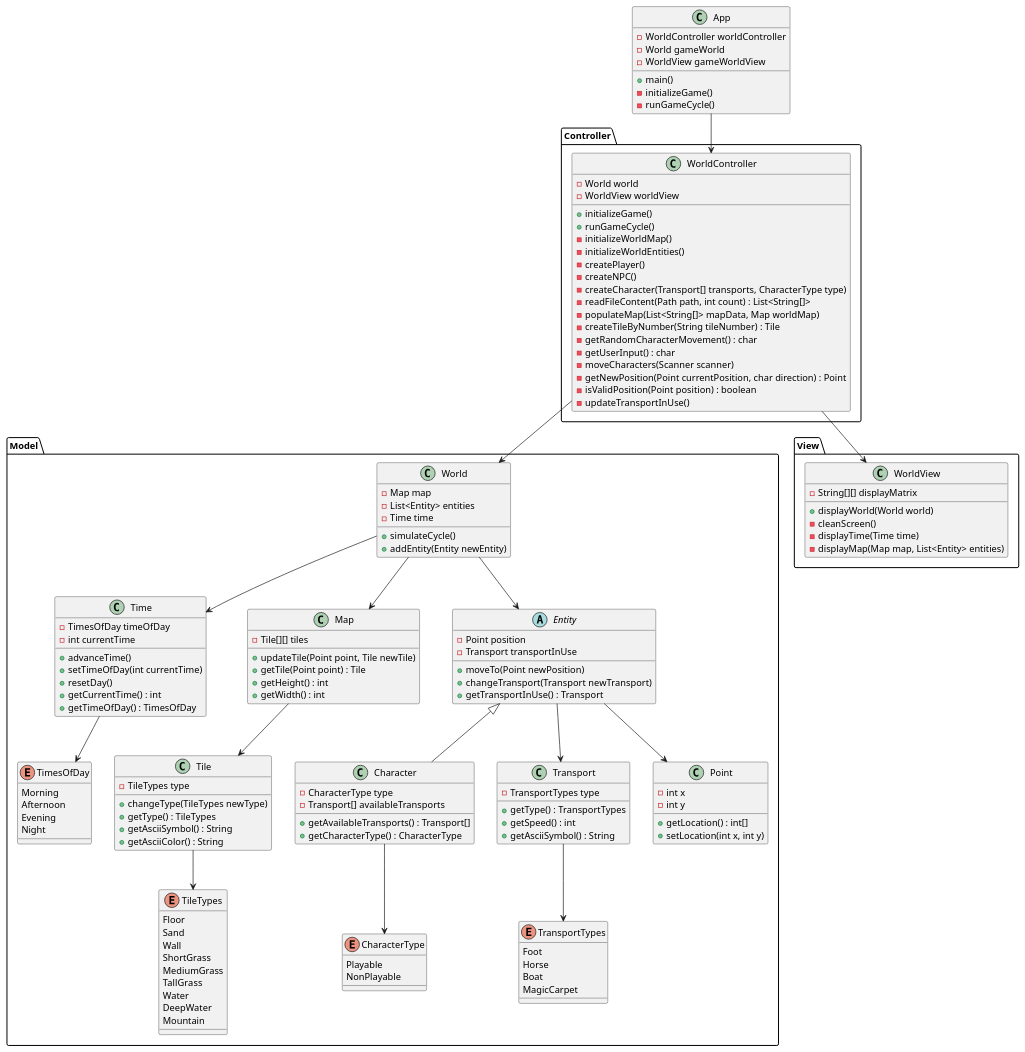
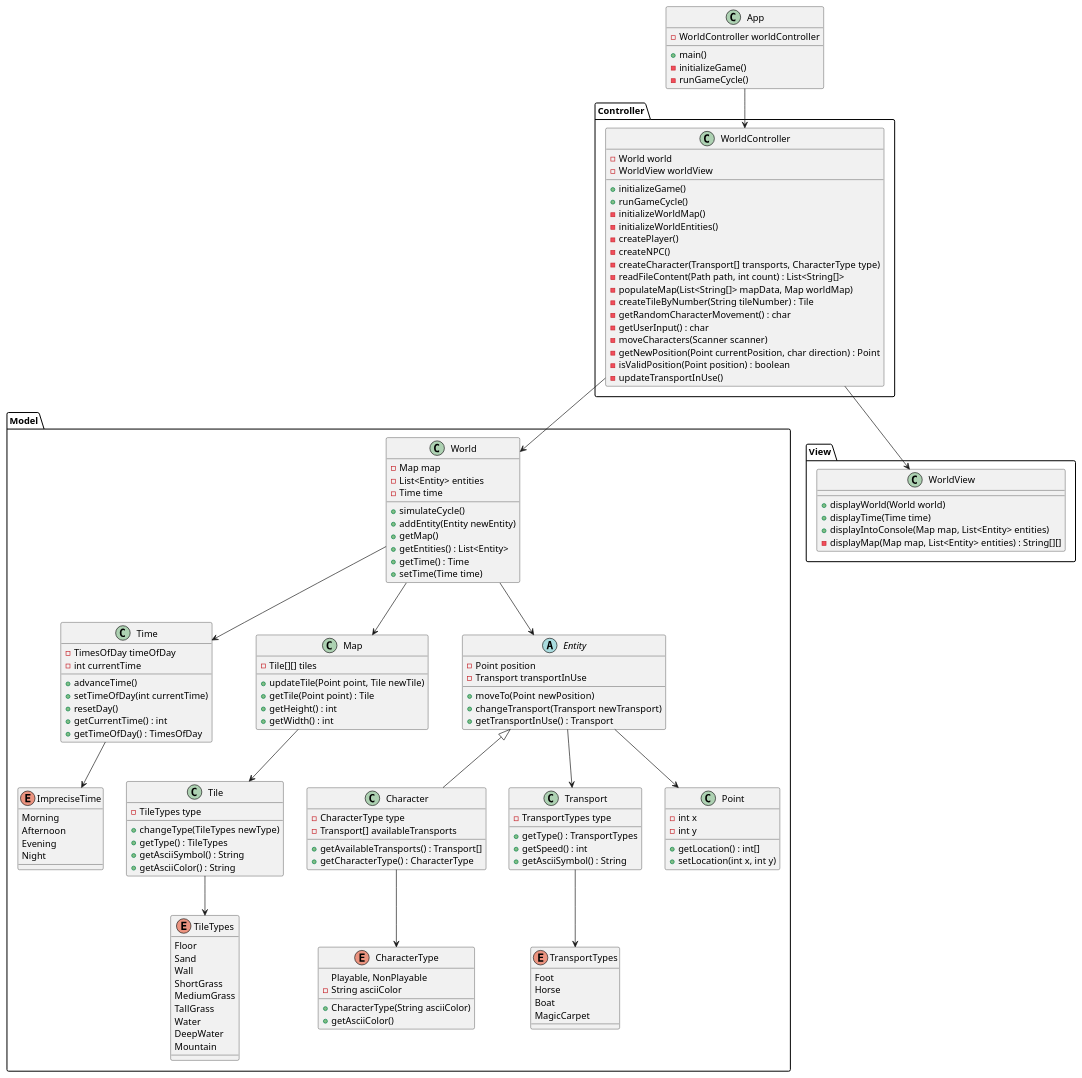
Before and after one commit to mmasias/23-24-IdSw2-SDD: the diagram in docs/modelosUML/diagramaDeAplicacion.puml, drawn with PlantUML. The commit also changed 3 other files, not shown here.

Commit message:
Mejorando el diagrama de aplicación con respecto a las clases

```diff
--- a/docs/modelosUML/diagramaDeAplicacion.puml
+++ b/docs/modelosUML/diagramaDeAplicacion.puml
@@ -1,165 +1,167 @@
 @startuml DiagramaDeAplicacion
 
 class App {
     - WorldController worldController
-    - World gameWorld
-    - WorldView gameWorldView
 
     + main()
     - initializeGame()
     - runGameCycle()
 }
 
 package "Model" {
     class World {
         - Map map
         - List<Entity> entities
         - Time time
 
         + simulateCycle()
         + addEntity(Entity newEntity)
+        + getMap()
+        + getEntities() : List<Entity>
+        + getTime() : Time
+        + setTime(Time time)
     }
 
     class Time {
         - TimesOfDay timeOfDay
         - int currentTime
 
         + advanceTime()
         + setTimeOfDay(int currentTime)
         + resetDay()
         + getCurrentTime() : int
         + getTimeOfDay() : TimesOfDay
     }
 
     class Map {
         - Tile[][] tiles
 
         + updateTile(Point point, Tile newTile)
         + getTile(Point point) : Tile
         + getHeight() : int
         + getWidth() : int
     }
 
     class Tile {
         - TileTypes type
 
         + changeType(TileTypes newType)
         + getType() : TileTypes
         + getAsciiSymbol() : String
         + getAsciiColor() : String
     }
 
     abstract class Entity {
         - Point position
         - Transport transportInUse
 
         + moveTo(Point newPosition)
         + changeTransport(Transport newTransport)
         + getTransportInUse() : Transport
     }
 
     class Character extends Entity {
         - CharacterType type
         - Transport[] availableTransports
 
         + getAvailableTransports() : Transport[]
         + getCharacterType() : CharacterType
     }
 
     class Transport {
         - TransportTypes type
 
         + getType() : TransportTypes
         + getSpeed() : int
         + getAsciiSymbol() : String
     }
 
     class Point {
         - int x
         - int y
 
         + getLocation() : int[]
         + setLocation(int x, int y)
     }
 
     enum TileTypes {
         Floor
         Sand
         Wall
         ShortGrass
         MediumGrass
         TallGrass
         Water
         DeepWater
         Mountain
     }
 
-    enum TimesOfDay {
+    enum ImpreciseTime {
         Morning
         Afternoon
         Evening
         Night
     }
 
     enum TransportTypes {
         Foot
         Horse
         Boat
         MagicCarpet
     }
 
     enum CharacterType {
-        Playable
-        NonPlayable
+        Playable, NonPlayable
+        - String asciiColor
+        + CharacterType(String asciiColor)
+        + getAsciiColor()
     }
 }
 
 package "View" {
     class WorldView {
-        - String[][] displayMatrix
-
         + displayWorld(World world)
-        - cleanScreen()
-        - displayTime(Time time)
-        - displayMap(Map map, List<Entity> entities)
+        + displayTime(Time time)
+        + displayIntoConsole(Map map, List<Entity> entities)
+        - displayMap(Map map, List<Entity> entities) : String[][]
     }
 }
 
 package "Controller" {
     class WorldController {
         - World world
         - WorldView worldView
 
         + initializeGame()
         + runGameCycle()
         - initializeWorldMap()
         - initializeWorldEntities()
         - createPlayer()
         - createNPC()
         - createCharacter(Transport[] transports, CharacterType type)
         - readFileContent(Path path, int count) : List<String[]>
         - populateMap(List<String[]> mapData, Map worldMap)
         - createTileByNumber(String tileNumber) : Tile
         - getRandomCharacterMovement() : char
         - getUserInput() : char
         - moveCharacters(Scanner scanner)
         - getNewPosition(Point currentPosition, char direction) : Point
         - isValidPosition(Point position) : boolean
         - updateTransportInUse()
     }
 }
 
 World --> Map
 World --> Entity
 World --> Time
 Map --> Tile
 Tile --> TileTypes
 Entity --> Point
 Entity --> Transport
 Transport --> TransportTypes
-Time --> TimesOfDay
+Time --> ImpreciseTime
 Character --> CharacterType
 WorldController --> World
 WorldController --> WorldView
 App --> WorldController
 @enduml
```
